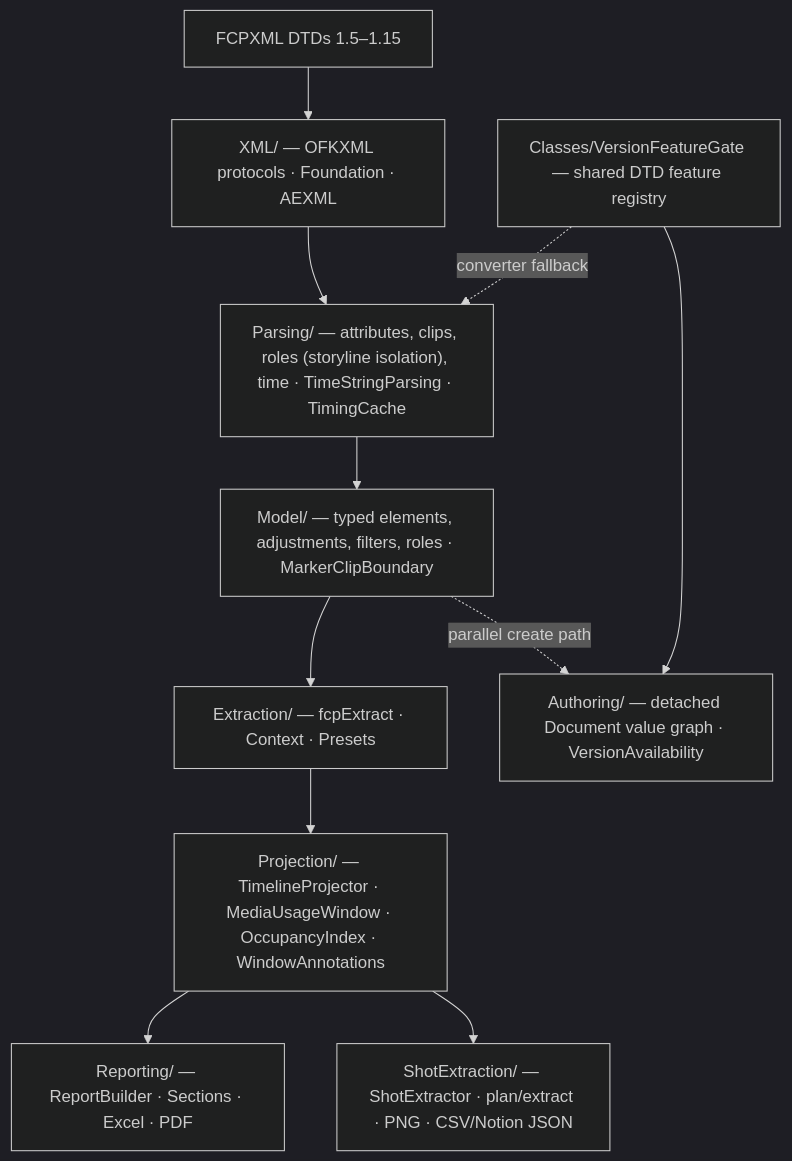
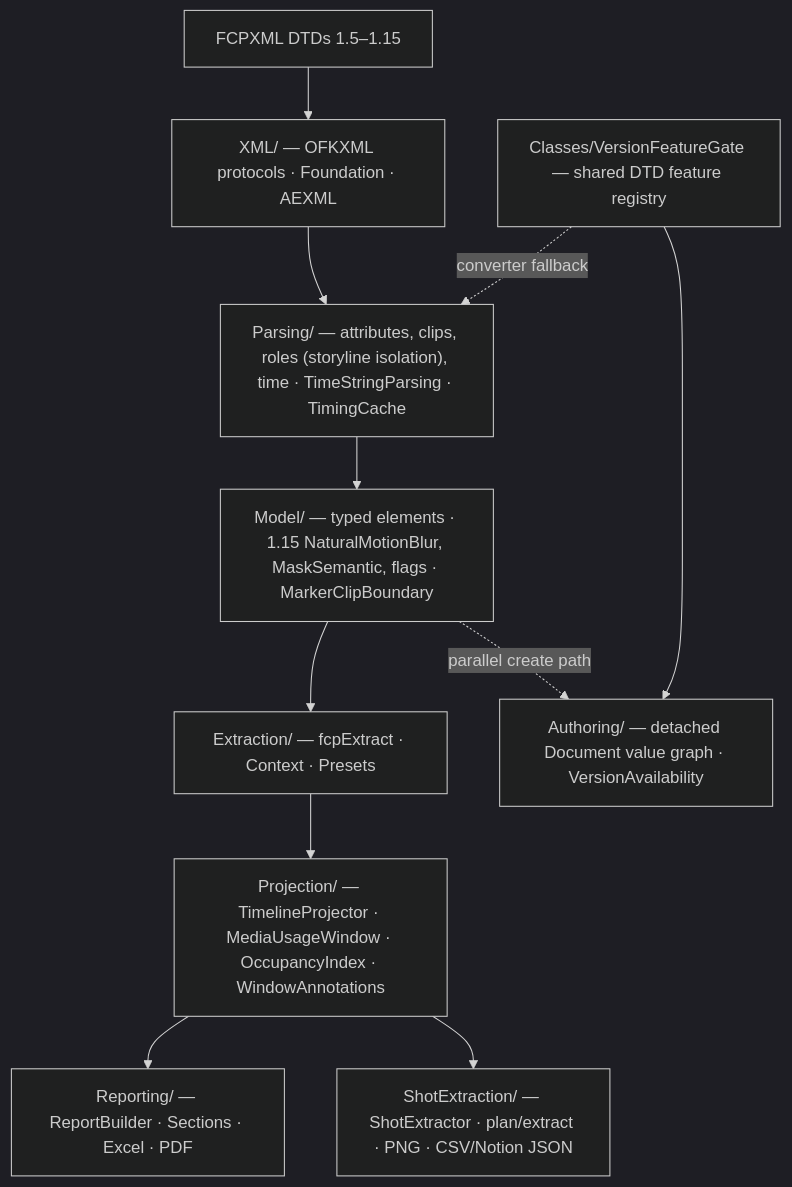
The third of 6 diagrams in ARCHITECTURE.md (TheAcharya/OpenFCPXMLKit), drawn with Mermaid (dark theme) before and after one commit. The commit also changed other lines of this file and 3 other files, not shown here.

````diff
--- a/ARCHITECTURE.md
+++ b/ARCHITECTURE.md
@@ -311,20 +330,20 @@
 ```mermaid
 flowchart TB
     DTD["FCPXML DTDs 1.5–1.15"]
     XML["XML/ — OFKXML protocols · Foundation · AEXML"]
     PRS["Parsing/ — attributes, clips, roles (storyline isolation), time · TimeStringParsing · TimingCache"]
-    MDL["Model/ — typed elements, adjustments, filters, roles · MarkerClipBoundary"]
+    MDL["Model/ — typed elements · 1.15 NaturalMotionBlur, MaskSemantic, flags · MarkerClipBoundary"]
     EXT["Extraction/ — fcpExtract · Context · Presets"]
     PRJ["Projection/ — TimelineProjector · MediaUsageWindow · OccupancyIndex · WindowAnnotations"]
     REP["Reporting/ — ReportBuilder · Sections · Excel · PDF"]
     SHOT["ShotExtraction/ — ShotExtractor · plan/extract · PNG · CSV/Notion JSON"]
 
     DTD --> XML --> PRS --> MDL --> EXT --> PRJ --> REP
     PRJ --> SHOT
 
     AUTH["Authoring/ — detached Document value graph · VersionAvailability"]
     GATE["Classes/VersionFeatureGate — shared DTD feature registry"]
     MDL -.->|"parallel create path"| AUTH
     GATE --> AUTH
     GATE -.->|"converter fallback"| PRS
 ```
````
